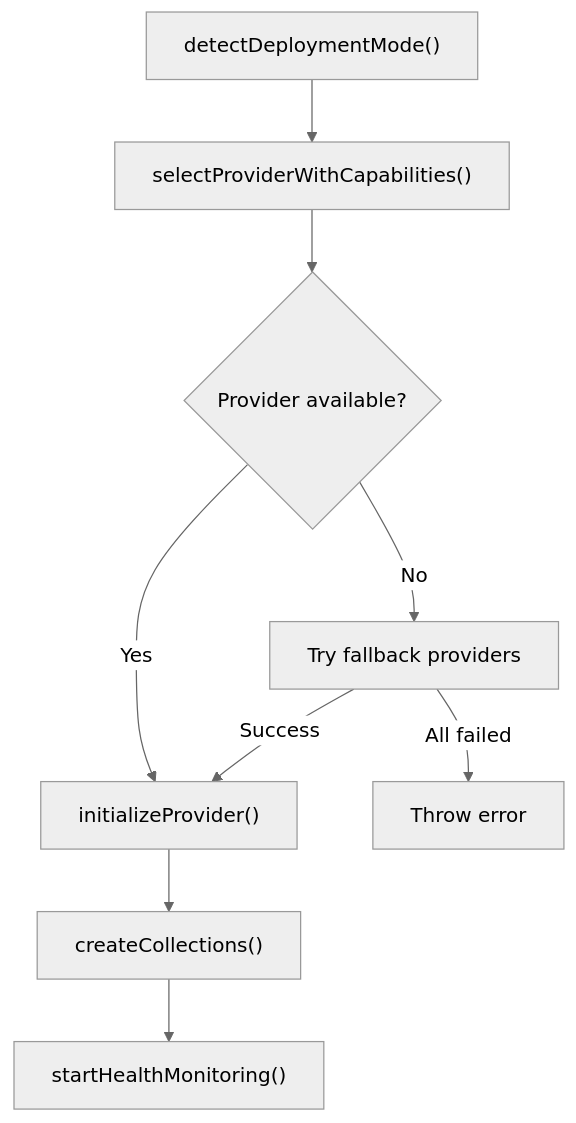
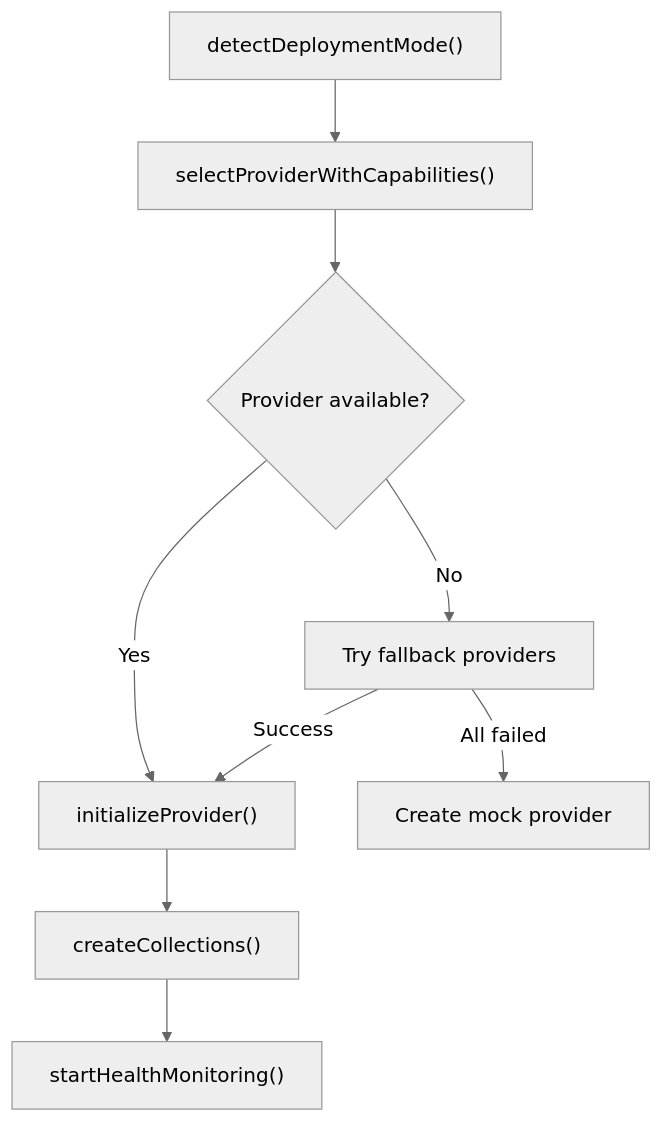
One commit to geniusdynamics/schoolpilot changed the sixth of 7 diagrams in .qoder/repowiki/en/content/Data Layer/Database Providers/SQLite Provider.md. Above: the diagram before and after it, drawn with Mermaid (neutral theme). The commit also changed other lines of this file and 16 other files, not shown here.

````diff
--- a/.qoder/repowiki/en/content/Data Layer/Database Providers/SQLite Provider.md
+++ b/.qoder/repowiki/en/content/Data Layer/Database Providers/SQLite Provider.md
@@ -273,11 +293,11 @@
 ```mermaid
 flowchart TD
 A["detectDeploymentMode()"] --> B["selectProviderWithCapabilities()"]
 B --> C{"Provider available?"}
 C -- Yes --> D["initializeProvider()"]
 C -- No --> E["Try fallback providers"]
 D --> F["createCollections()"]
 F --> G["startHealthMonitoring()"]
 E --> |Success| D
-E --> |All failed| H["Throw error"]
+E --> |All failed| H["Create mock provider"]
 ```
````
